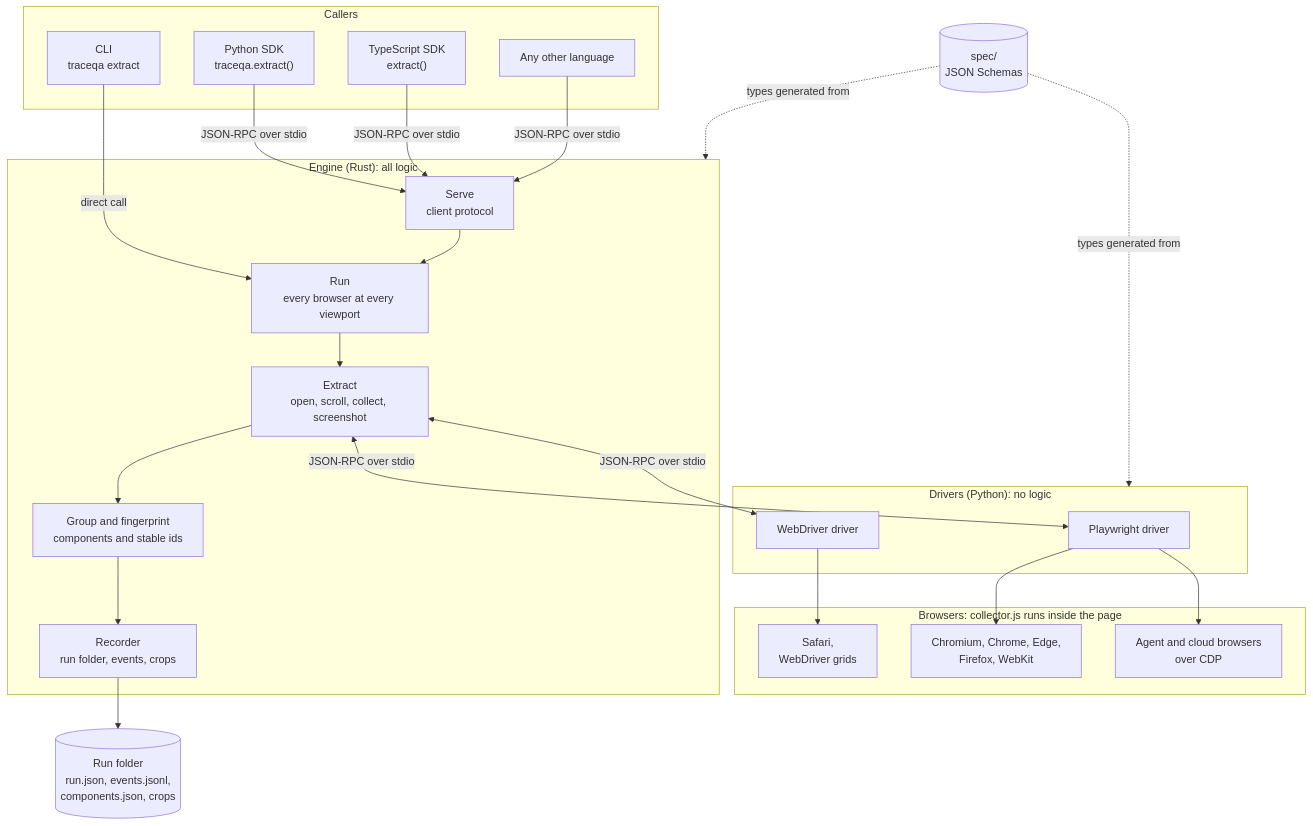
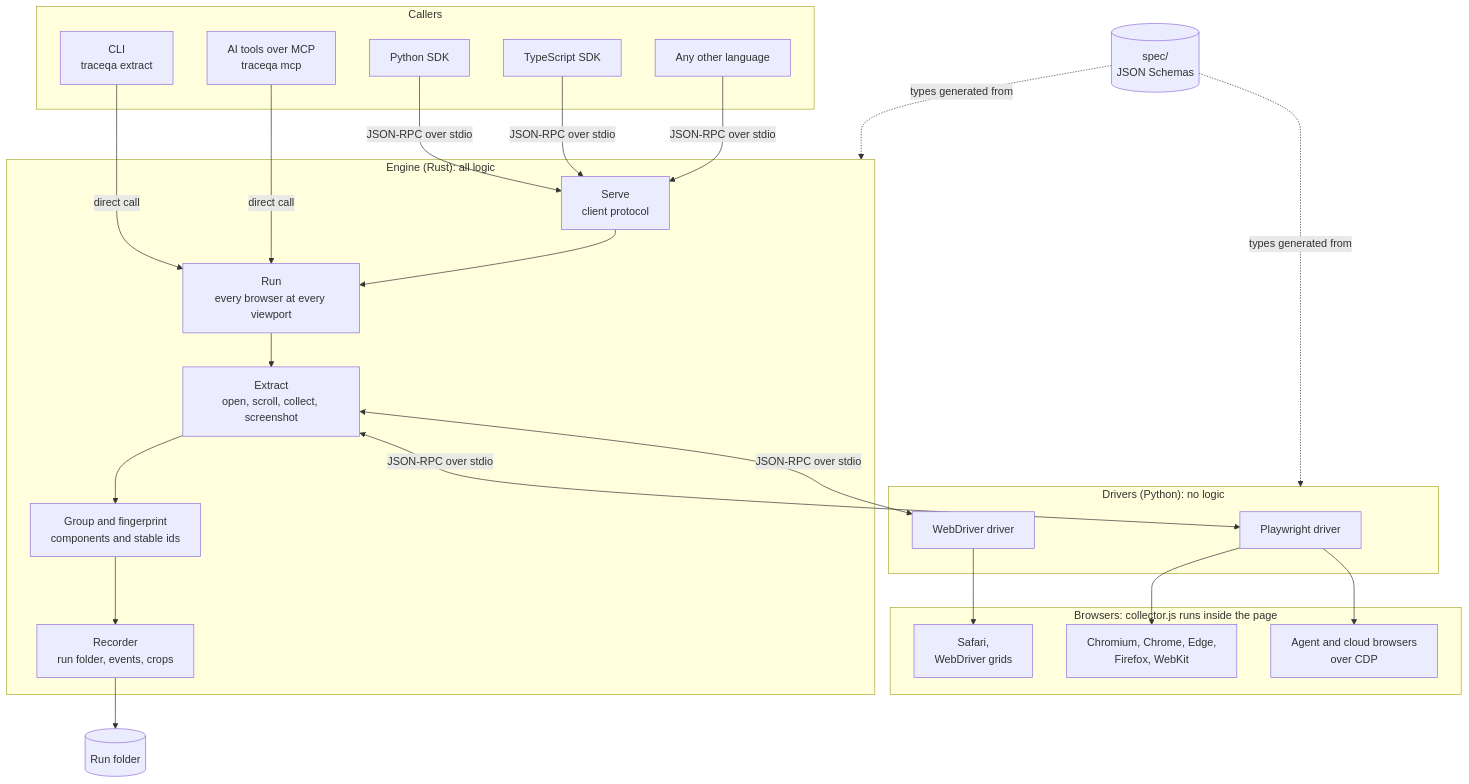
The diagram in README.md (thearpankumar/TraceQA), drawn with Mermaid before and after one commit. The commit also changed other lines of this file and 20 other files, not shown here.

Commit message:
Add MCP server, traceqa install and traceqa doctor; rewrite README

````diff
--- a/README.md
+++ b/README.md
@@ -203,45 +241,47 @@
 ```mermaid
 flowchart TB
     subgraph callers["Callers"]
         cli["CLI<br/>traceqa extract"]
-        py["Python SDK<br/>traceqa.extract()"]
-        ts["TypeScript SDK<br/>extract()"]
+        ai["AI tools over MCP<br/>traceqa mcp"]
+        py["Python SDK"]
+        ts["TypeScript SDK"]
         other["Any other language"]
     end
 
     subgraph engine["Engine (Rust): all logic"]
         serve["Serve<br/>client protocol"]
         run["Run<br/>every browser at every viewport"]
         extract["Extract<br/>open, scroll, collect, screenshot"]
         group["Group and fingerprint<br/>components and stable ids"]
         recorder["Recorder<br/>run folder, events, crops"]
         serve --> run --> extract --> group --> recorder
     end
 
     subgraph drivers["Drivers (Python): no logic"]
         pw["Playwright driver"]
         wd["WebDriver driver"]
     end
 
     subgraph browsers["Browsers: collector.js runs inside the page"]
         b1["Chromium, Chrome, Edge,<br/>Firefox, WebKit"]
         b2["Agent and cloud browsers<br/>over CDP"]
         b3["Safari,<br/>WebDriver grids"]
     end
 
     spec[("spec/<br/>JSON Schemas")]
-    out[("Run folder<br/>run.json, events.jsonl,<br/>components.json, crops")]
+    out[("Run folder")]
 
     cli -->|direct call| run
+    ai -->|direct call| run
     py -->|JSON-RPC over stdio| serve
     ts -->|JSON-RPC over stdio| serve
     other -->|JSON-RPC over stdio| serve
     extract <-->|JSON-RPC over stdio| pw
     extract <-->|JSON-RPC over stdio| wd
     pw --> b1
     pw --> b2
     wd --> b3
     recorder --> out
     spec -.->|types generated from| engine
     spec -.->|types generated from| drivers
 ```
````
